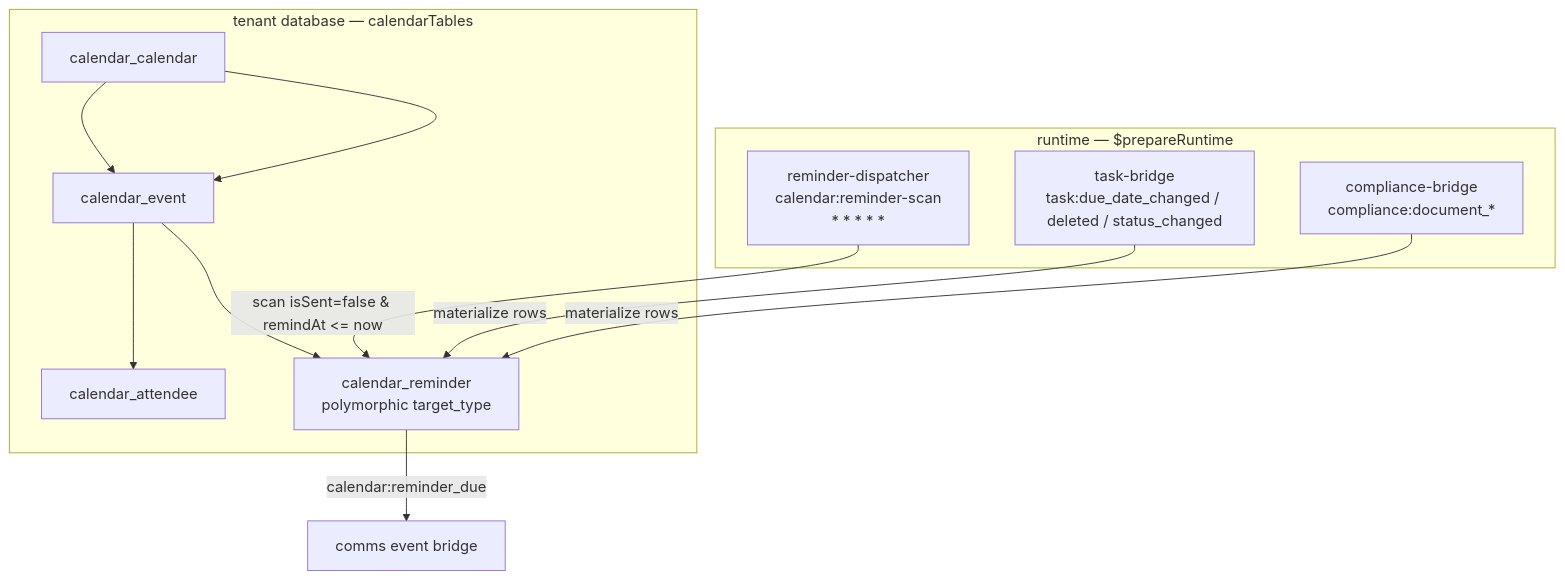
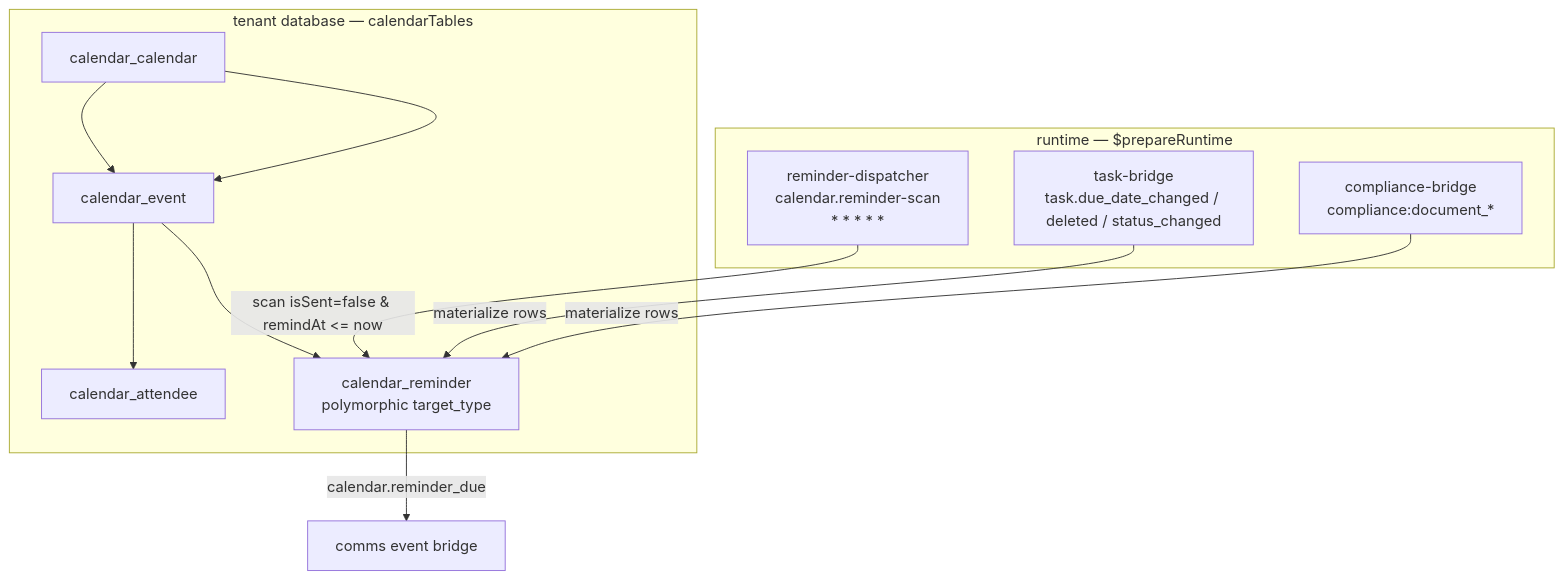
The first of 2 diagrams in packages/calendar/docs/overview.mdx (AdityaBorkar/aspen-os), drawn with Mermaid before and after one commit. The commit also changed other lines of this file and 107 other files, not shown here.

````diff
--- a/packages/calendar/docs/overview.mdx
+++ b/packages/calendar/docs/overview.mdx
@@ -61,21 +61,21 @@
 ```mermaid
 flowchart TB
   subgraph Runtime[runtime — $prepareRuntime]
-    RD[reminder-dispatcher<br/>calendar:reminder-scan<br/>* * * * *]
-    TB[task-bridge<br/>task:due_date_changed / deleted / status_changed]
+    RD[reminder-dispatcher<br/>calendar.reminder-scan<br/>* * * * *]
+    TB[task-bridge<br/>task.due_date_changed / deleted / status_changed]
     CB[compliance-bridge<br/>compliance:document_*]
   end
 
   subgraph TenantDB[tenant database — calendarTables]
     C[calendar_calendar]
     E[calendar_event]
     A[calendar_attendee]
     R[calendar_reminder<br/>polymorphic target_type]
   end
 
   TB & CB -->|materialize rows| R
   RD -->|scan isSent=false & remindAt <= now| R
-  R -->|calendar:reminder_due| comms[comms event bridge]
+  R -->|calendar.reminder_due| comms[comms event bridge]
   C --> E --> A
   C --> E --> R
 ```
````
